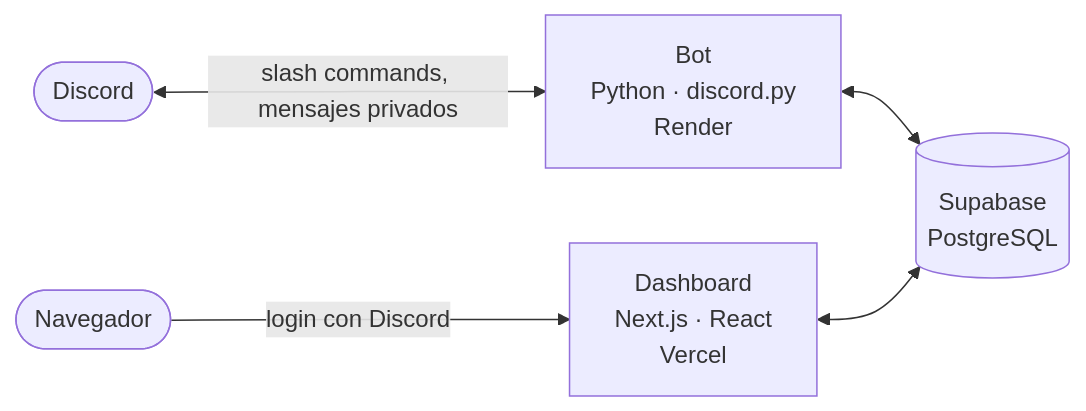
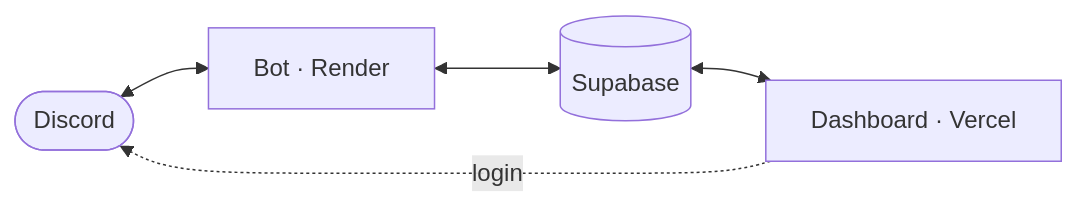
One commit to ParedesYTecho/Werewolf changed the diagram in README.md. Above: the diagram before and after it, drawn with Mermaid.

Commit message:
Simplifica el diagrama de arquitectura (#1)

````diff
--- a/README.md
+++ b/README.md
@@ -101,7 +101,7 @@
 ```mermaid
 flowchart LR
-  D([Discord]) <-->|slash commands, mensajes privados| B[Bot<br/>Python · discord.py<br/>Render]
-  B <--> S[(Supabase<br/>PostgreSQL)]
-  W[Dashboard<br/>Next.js · React<br/>Vercel] <--> S
-  U([Navegador]) -->|login con Discord| W
+  D([Discord]) <--> B[Bot · Render]
+  B <--> S[(Supabase)]
+  S <--> W[Dashboard · Vercel]
+  W -. login .-> D
 ```
````
